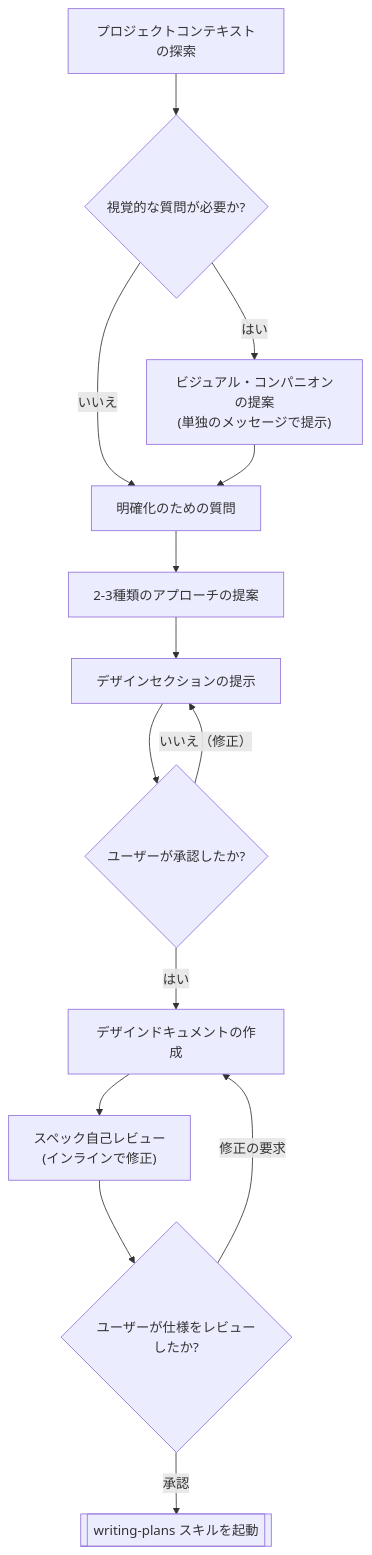
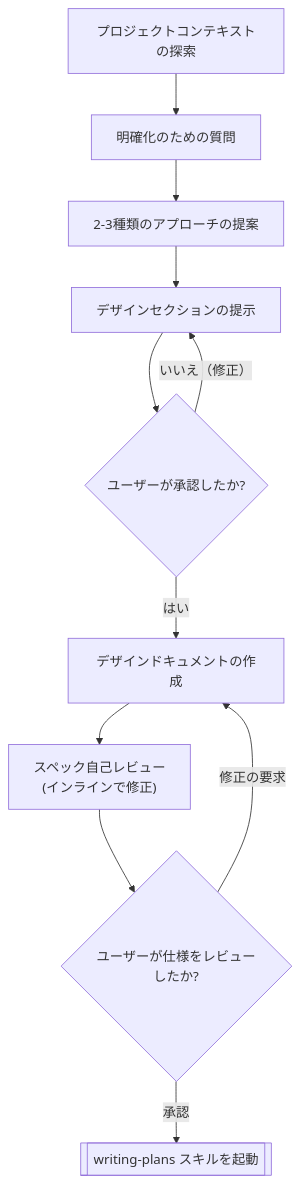
The diagram in skills/brainstorming/SKILL.md (oki2a24/superpowerssuperpowers), drawn with Mermaid before and after one commit. The commit also changed other lines of this file and 6 other files, not shown here.

````diff
--- a/skills/brainstorming/SKILL.md
+++ b/skills/brainstorming/SKILL.md
@@ -39,16 +39,13 @@
 ```mermaid
 graph TD
-    A[プロジェクトコンテキストの探索] --> B{視覚的な質問が必要か?}
-    B -- はい --> C["ビジュアル・コンパニオンの提案\n(単独のメッセージで提示)"]
-    B -- いいえ --> D[明確化のための質問]
-    C --> D
+    A[プロジェクトコンテキストの探索] --> D[明確化のための質問]
     D --> E[2-3種類のアプローチの提案]
     E --> F[デザインセクションの提示]
     F --> G{ユーザーが承認したか?}
     G -- いいえ（修正） --> F
     G -- はい --> H[デザインドキュメントの作成]
     H --> I["スペック自己レビュー\n(インラインで修正)"]
     I --> J{ユーザーが仕様をレビューしたか?}
     J -- 修正の要求 --> H
     J -- 承認 --> K[[writing-plans スキルを起動]]
 ```
````
